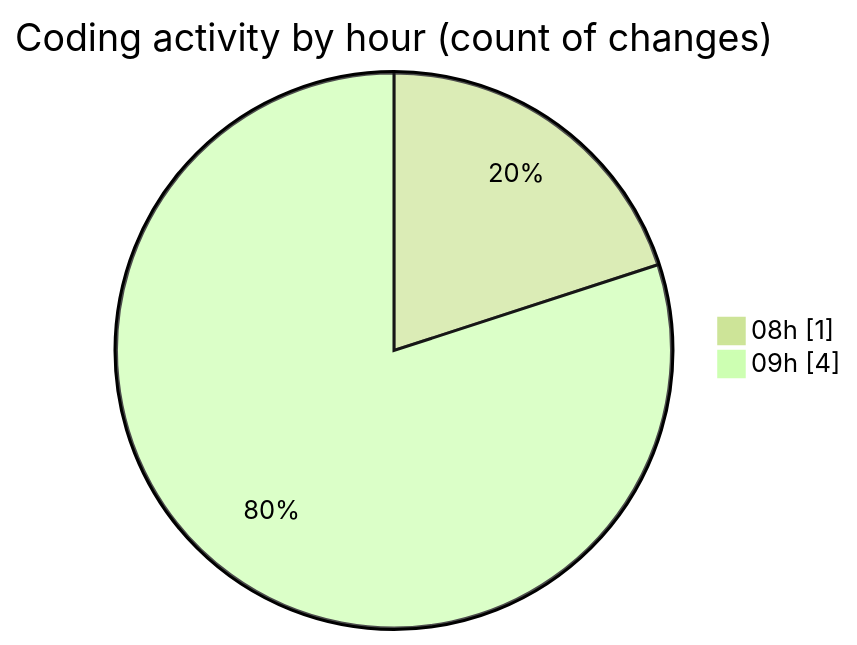
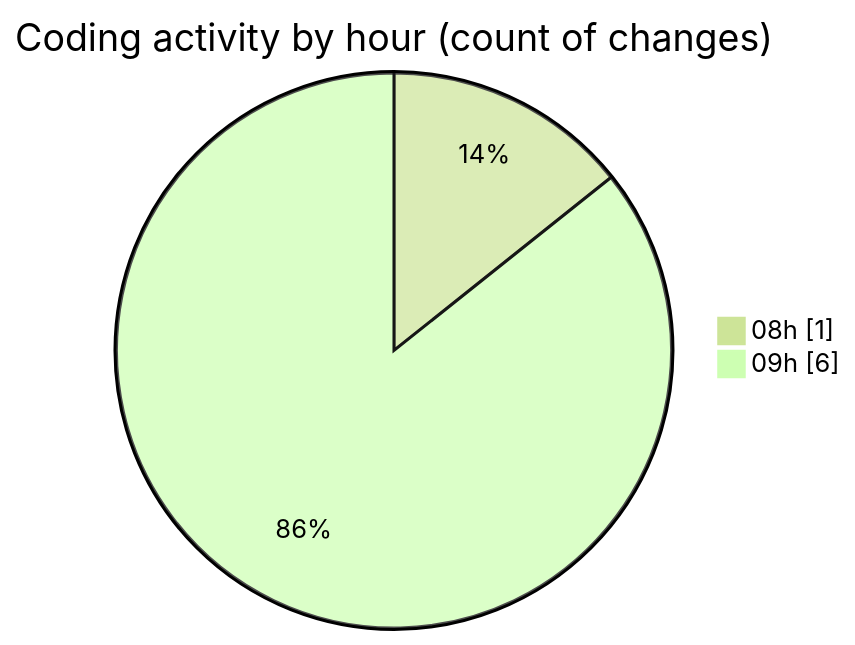
Before and after one commit to BS-eng2023/code-tracking: the second of 2 diagrams in 2025-03-26/new-app/README.md, drawn with Mermaid (forest theme). The commit also changed other lines of this file and 1 other file, not shown here.

````diff
--- a/2025-03-26/new-app/README.md
+++ b/2025-03-26/new-app/README.md
@@ -31,6 +31,6 @@
 ```mermaid
 pie showData
 title Coding activity by hour (count of changes)
 "08h" : 1
-"09h" : 4
+"09h" : 6
 ```
````
